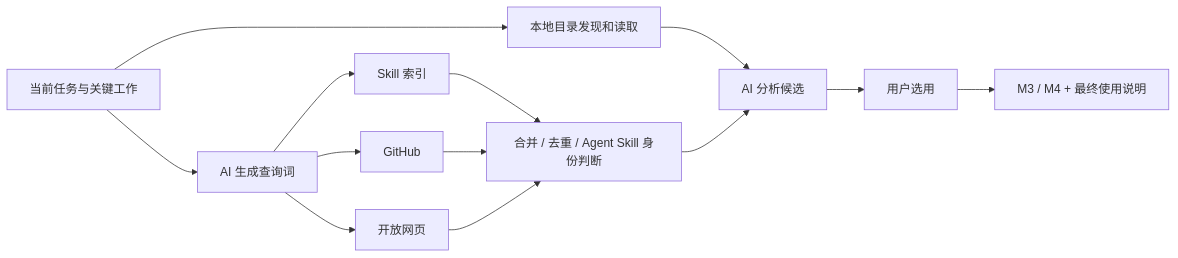
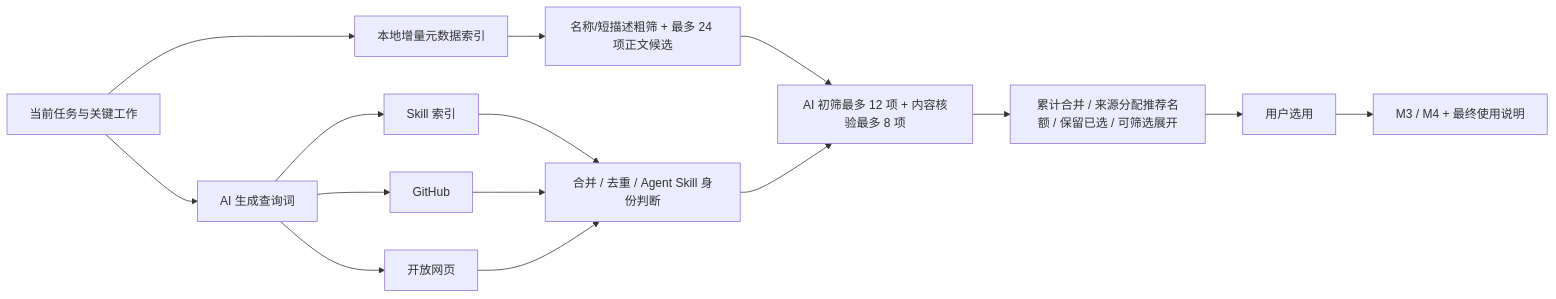
One commit to ACha-xwx/Intext changed the second of 2 diagrams in docs/architecture.md. Above: the diagram before and after it, drawn with Mermaid. The commit also changed other lines of this file and 457 other files, not shown here.

````diff
--- a/docs/architecture.md
+++ b/docs/architecture.md
@@ -78,15 +131,17 @@
 ```mermaid
 flowchart LR
-    P[当前任务与关键工作] --> L[本地目录发现和读取]
-    L --> R[AI 分析候选]
+    P[当前任务与关键工作] --> L[本地增量元数据索引]
+    L --> N[名称/短描述粗筛 + 最多 24 项正文候选]
+    N --> R[AI 初筛最多 12 项 + 内容核验最多 8 项]
     P --> Q[AI 生成查询词]
     Q --> I[Skill 索引]
     Q --> G[GitHub]
     Q --> O[开放网页]
     I --> C[合并 / 去重 / Agent Skill 身份判断]
     G --> C
     O --> C
     C --> R
-    R --> U[用户选用]
+    R --> V[累计合并 / 来源分配推荐名额 / 保留已选 / 可筛选展开]
+    V --> U[用户选用]
     U --> D[M3 / M4 + 最终使用说明]
 ```
````
